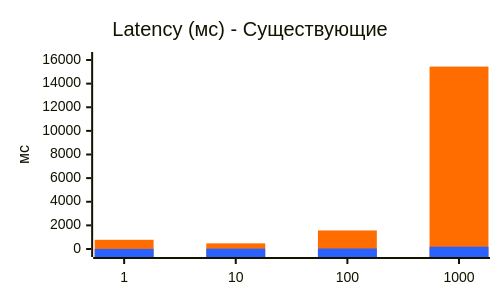
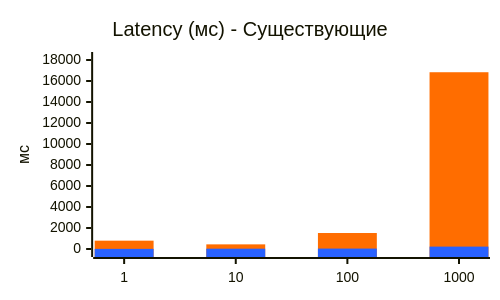
One commit to dloshkarev/highloadarchitect changed the first of 6 diagrams in docs/reports/hw2/report.md. Above: the diagram before and after it, drawn with Mermaid. The commit also changed other lines of this file and 3 other files, not shown here.

````diff
--- a/docs/reports/hw2/report.md
+++ b/docs/reports/hw2/report.md
@@ -95,9 +195,9 @@
 ```mermaid
-%%{init: {"xyChart": {"width": 480, "height": 280}, "themeVariables": {"xyChart": {"plotColorPalette": "#ff6d00, #2962ff"}}}}%%
+%%{init: {"xyChart": {"width": 480, "height": 280, "showLegend": true}, "themeVariables": {"xyChart": {"plotColorPalette": "#ff6d00, #2962ff"}}}}%%
 xychart-beta
     title "Latency (мс) - Существующие"
     x-axis ["1", "10", "100", "1000"]
-    y-axis "мс" 0 --> 16000
-    bar [777.009, 476.395, 1570.032, 15441.977]
-    bar [5.785, 29.930, 43.298, 192.087]
+    y-axis "мс" 0 --> 18000
+    bar "без индекса" [793.739, 441.383, 1522.451, 16834.656]
+    bar "с индексом" [12.007, 28.723, 39.784, 227.066]
 ```
````
